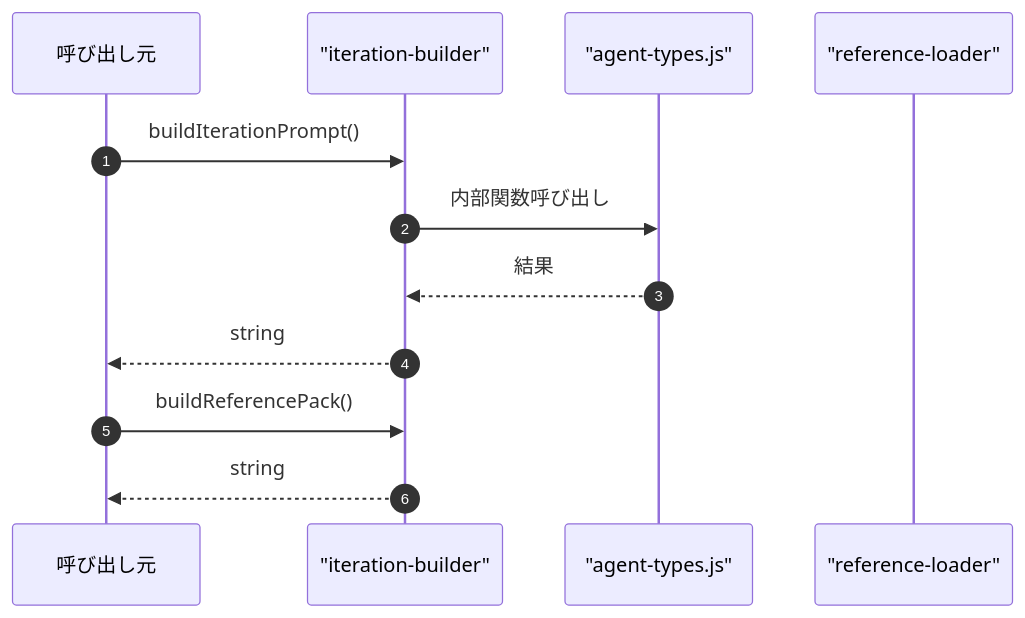
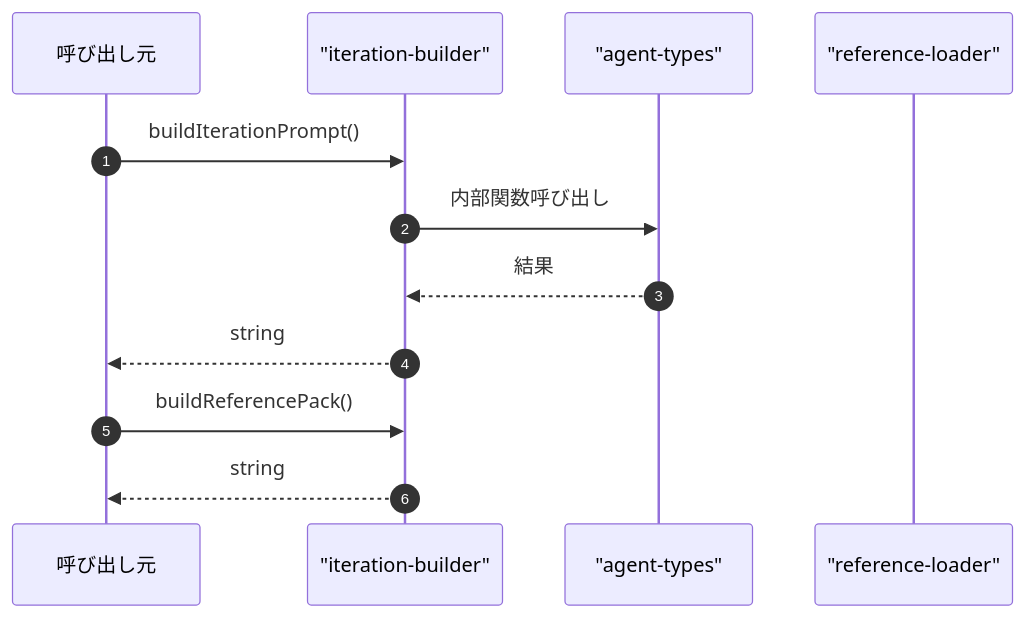
The fourth of 4 diagrams in ABDD/.pi/extensions/loop/iteration-builder.md (Mekann2904/mekann), drawn with Mermaid before and after one commit. The commit also changed other lines of this file and 174 other files, not shown here.

First line of the commit message:
fix(docs): ABDDのMermaid図生成エラーを修正する

````diff
--- a/ABDD/.pi/extensions/loop/iteration-builder.md
+++ b/ABDD/.pi/extensions/loop/iteration-builder.md
@@ -93,16 +93,16 @@
 ```mermaid
 sequenceDiagram
   autonumber
   participant Caller as 呼び出し元
   participant iteration_builder as "iteration-builder"
-  participant agent_types_js as "agent-types.js"
+  participant agent_types as "agent-types"
   participant reference_loader as "reference-loader"
 
   Caller->>iteration_builder: buildIterationPrompt()
-  iteration_builder->>agent_types_js: 内部関数呼び出し
-  agent_types_js-->>iteration_builder: 結果
+  iteration_builder->>agent_types: 内部関数呼び出し
+  agent_types-->>iteration_builder: 結果
   iteration_builder-->>Caller: string
 
   Caller->>iteration_builder: buildReferencePack()
   iteration_builder-->>Caller: string
 ```
````
